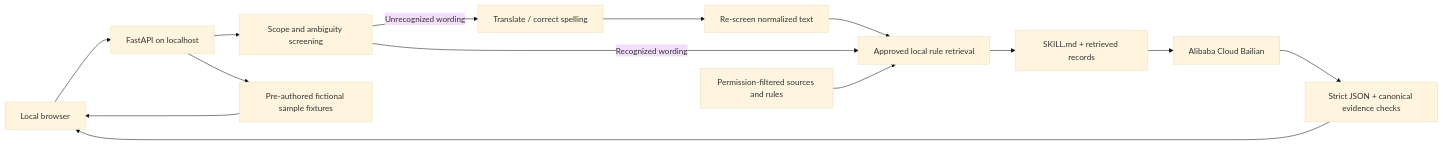
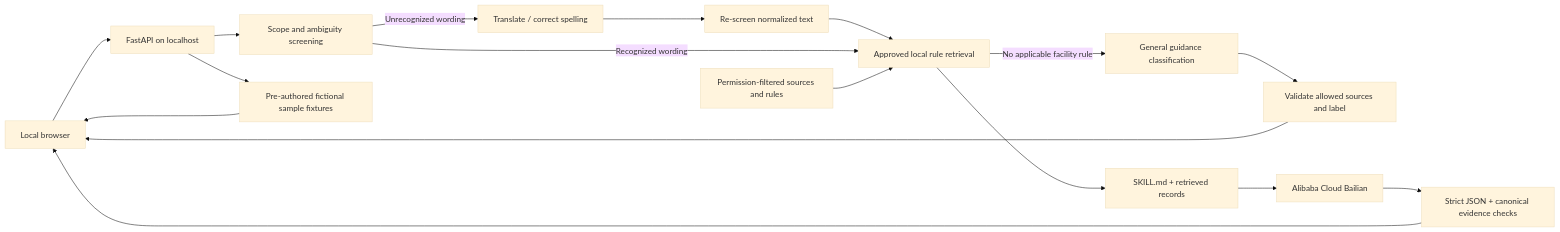
One commit to pzdmmsd/HKU-Recycling-Helper changed the diagram in docs/architecture.md. Above: the diagram before and after it, drawn with Mermaid (base theme). The commit also changed other lines of this file and 14 other files, not shown here.

Commit message:
feat: add general guidance fallback

````diff
--- a/docs/architecture.md
+++ b/docs/architecture.md
@@ -3,16 +3,19 @@
 ```mermaid
 flowchart LR
     Browser[Local browser] --> API[FastAPI on localhost]
     API --> Screen[Scope and ambiguity screening]
     Screen -->|Unrecognized wording| Normalize[Translate / correct spelling]
     Normalize --> Screen2[Re-screen normalized text]
     Screen2 --> Retrieve[Approved local rule retrieval]
     Screen -->|Recognized wording| Retrieve
+    Retrieve -->|No applicable facility rule| General[General guidance classification]
+    General --> ValidateGeneral[Validate allowed sources and label]
+    ValidateGeneral --> Browser
     Sources[Permission-filtered sources and rules] --> Retrieve
     Retrieve --> Prompt[SKILL.md + retrieved records]
     Prompt --> Provider[Alibaba Cloud Bailian]
     Provider --> Validate[Strict JSON + canonical evidence checks]
     Validate --> Browser
     API --> Samples[Pre-authored fictional sample fixtures]
     Samples --> Browser
 ```
````
